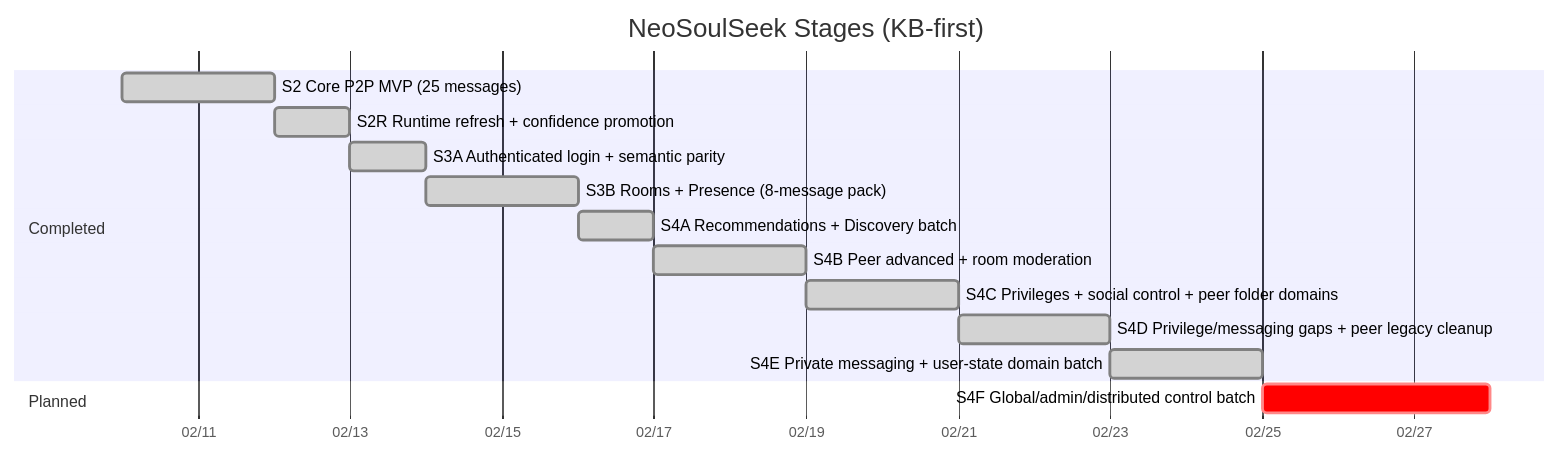
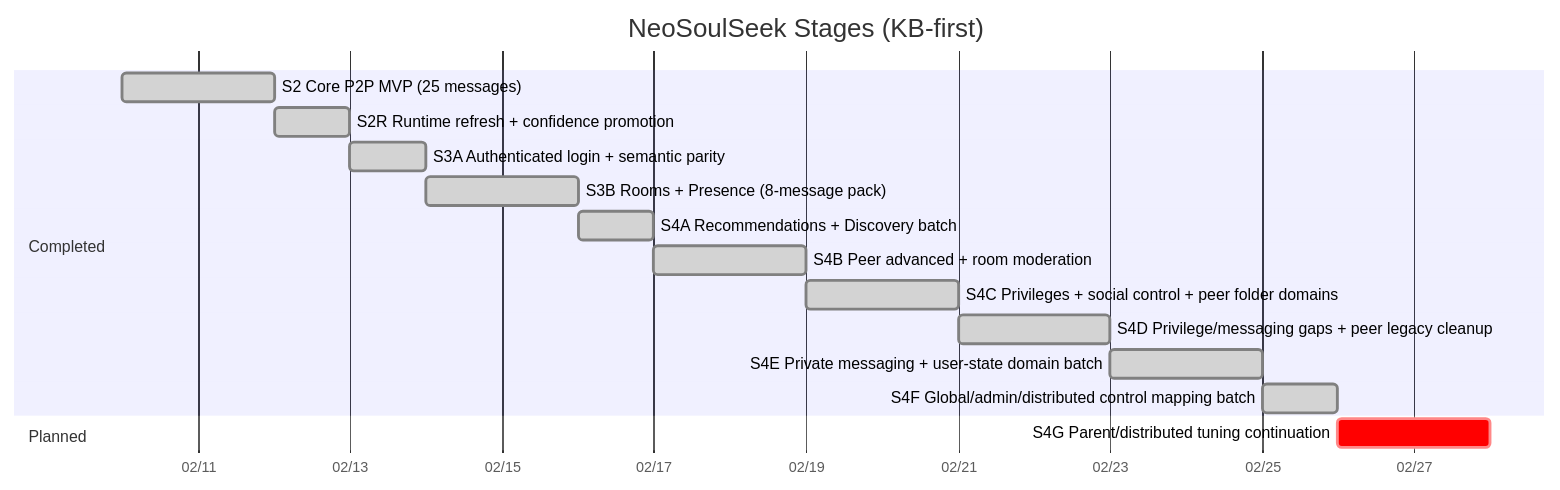
One commit to fedejinich/nss changed the first of 5 diagrams in docs/state/roadmap.md. Above: the diagram before and after it, drawn with Mermaid. The commit also changed other lines of this file and 12 other files, not shown here.

Commit message:
stage(s4f): map global-admin-distributed control messages

````diff
--- a/docs/state/roadmap.md
+++ b/docs/state/roadmap.md
@@ -9,18 +9,19 @@
 ```mermaid
 gantt
     title NeoSoulSeek Stages (KB-first)
     dateFormat  YYYY-MM-DD
     axisFormat  %m/%d
     section Completed
     S2 Core P2P MVP (25 messages) :done, s2, 2026-02-10, 2d
     S2R Runtime refresh + confidence promotion :done, s2r, after s2, 1d
     S3A Authenticated login + semantic parity :done, s3a, after s2r, 1d
     S3B Rooms + Presence (8-message pack) :done, s3b, 2026-02-14, 2d
     S4A Recommendations + Discovery batch :done, s4a, after s3b, 1d
     S4B Peer advanced + room moderation :done, s4b, after s4a, 2d
     S4C Privileges + social control + peer folder domains :done, s4c, after s4b, 2d
     S4D Privilege/messaging gaps + peer legacy cleanup :done, s4d, after s4c, 2d
     S4E Private messaging + user-state domain batch :done, s4e, after s4d, 2d
+    S4F Global/admin/distributed control mapping batch :done, s4f, after s4e, 1d
     section Planned
-    S4F Global/admin/distributed control batch :crit, s4f, after s4e, 3d
+    S4G Parent/distributed tuning continuation :crit, s4g, after s4f, 2d
 ```
````
